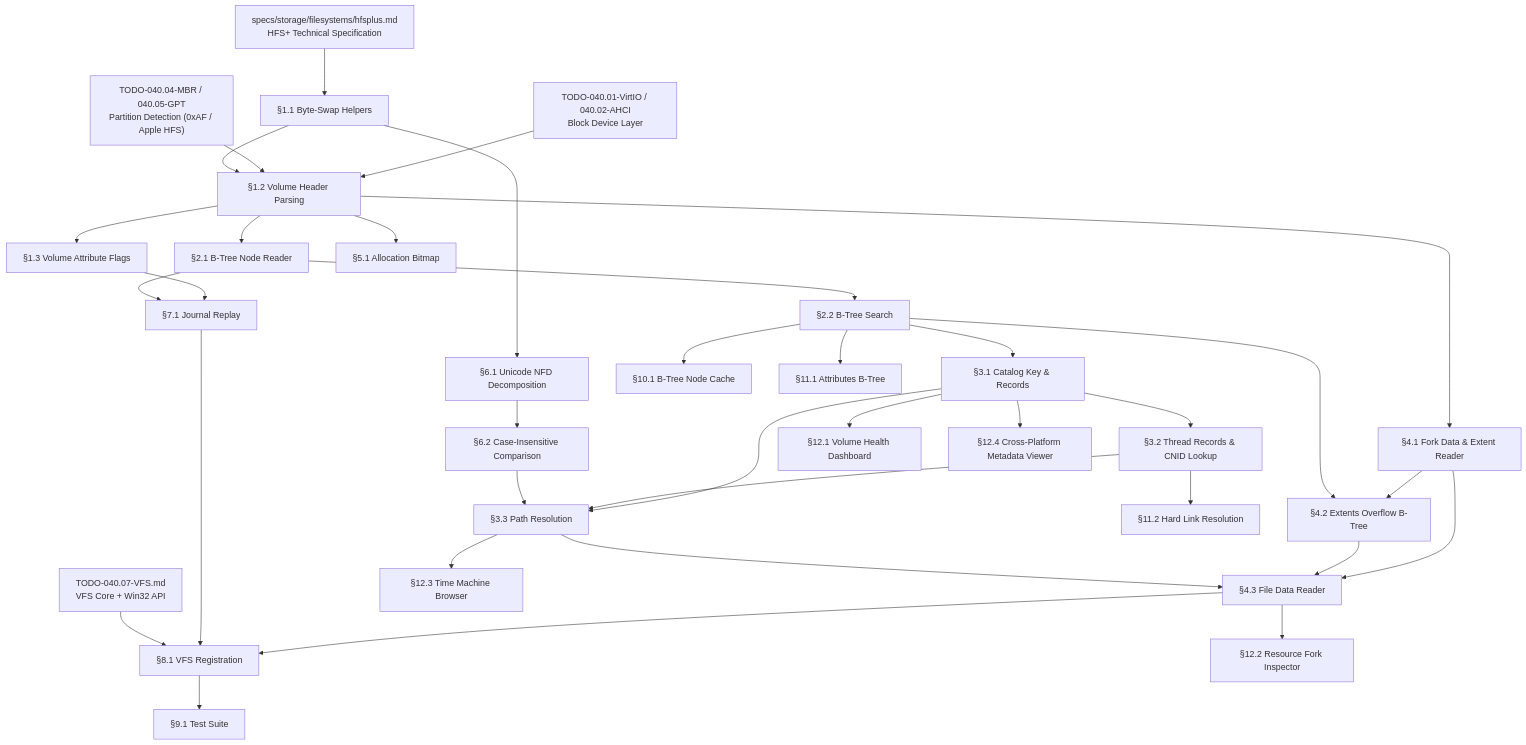
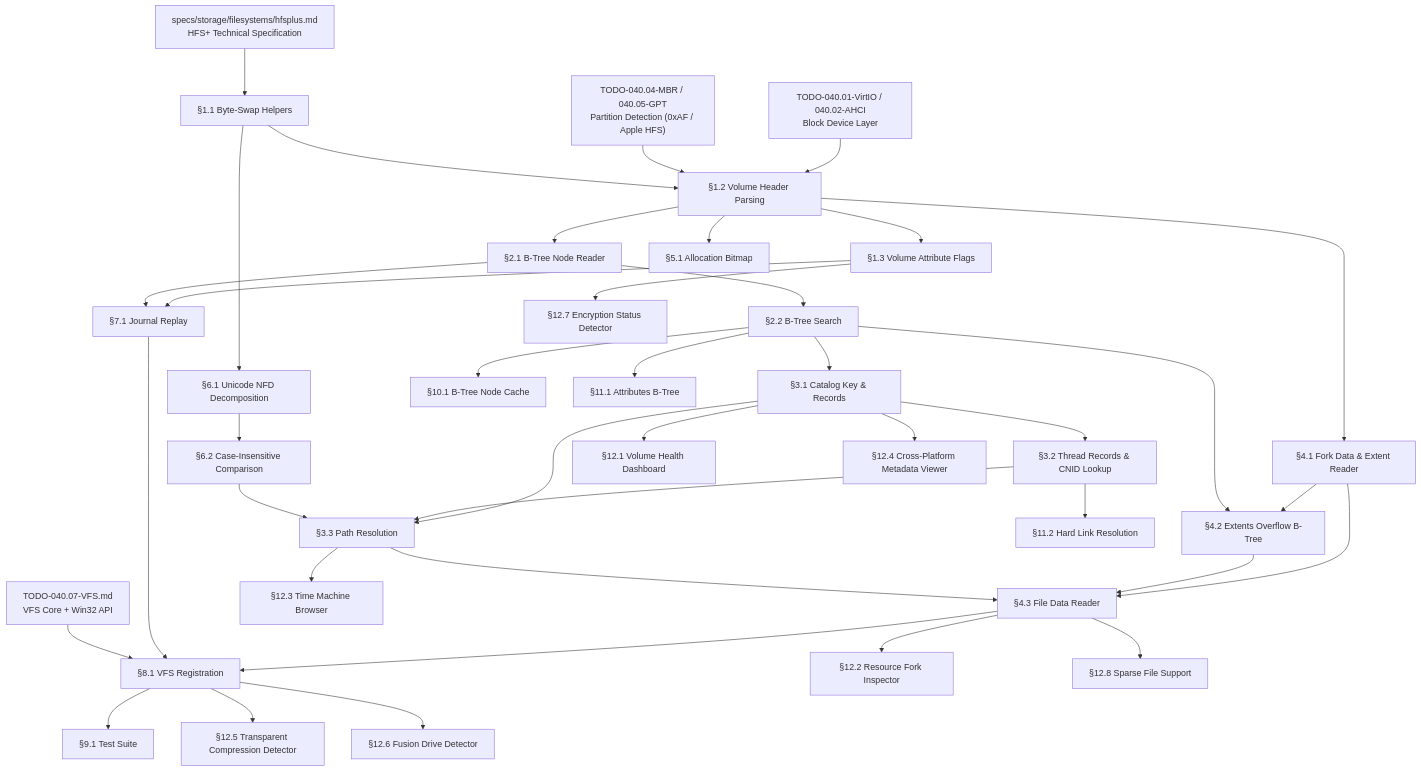
The diagram in todo/010-Kernel-Foundations/TODO-040-Filesystem/TODO-040.14-HFSPlus.md (rizonesoft/impossible-os), drawn with Mermaid before and after one commit. The commit also changed other lines of this file and 8 other files, not shown here.

````diff
--- a/todo/010-Kernel-Foundations/TODO-040-Filesystem/TODO-040.14-HFSPlus.md
+++ b/todo/010-Kernel-Foundations/TODO-040-Filesystem/TODO-040.14-HFSPlus.md
@@ -31,67 +31,75 @@
 ```mermaid
 graph TD
     SPEC["specs/storage/filesystems/hfsplus.md<br/>HFS+ Technical Specification"]
     BLK["TODO-040.01-VirtIO / 040.02-AHCI<br/>Block Device Layer"]
     PART["TODO-040.04-MBR / 040.05-GPT<br/>Partition Detection (0xAF / Apple HFS)"]
     VFS["TODO-040.07-VFS.md<br/>VFS Core + Win32 API"]
 
     A["§1.1 Byte-Swap Helpers"]
     B["§1.2 Volume Header Parsing"]
     C["§1.3 Volume Attribute Flags"]
     D["§2.1 B-Tree Node Reader"]
     E["§2.2 B-Tree Search"]
     F["§3.1 Catalog Key & Records"]
     G["§3.2 Thread Records & CNID Lookup"]
     H["§3.3 Path Resolution"]
     I["§4.1 Fork Data & Extent Reader"]
     J["§4.2 Extents Overflow B-Tree"]
     K["§4.3 File Data Reader"]
     L["§5.1 Allocation Bitmap"]
     M["§6.1 Unicode NFD Decomposition"]
     N["§6.2 Case-Insensitive Comparison"]
     O["§7.1 Journal Replay"]
     P["§8.1 VFS Registration"]
     Q["§9.1 Test Suite"]
     R["§10.1 B-Tree Node Cache"]
     S["§11.1 Attributes B-Tree"]
     T["§11.2 Hard Link Resolution"]
     U["§12.1 Volume Health Dashboard"]
     V["§12.2 Resource Fork Inspector"]
     W["§12.3 Time Machine Browser"]
     X["§12.4 Cross-Platform Metadata Viewer"]
+    Y["§12.5 Transparent Compression Detector"]
+    Z["§12.6 Fusion Drive Detector"]
+    AA["§12.7 Encryption Status Detector"]
+    AB["§12.8 Sparse File Support"]
 
     SPEC --> A
     BLK --> B
     PART --> B
     A --> B
     B --> C
     B --> D
     D --> E
     E --> F
     F --> G
     F --> H
     G --> H
     B --> I
     I --> J
     I --> K
     J --> K
     E --> J
     H --> K
     K --> P
     B --> L
     A --> M
     M --> N
     N --> H
     C --> O
     D --> O
     O --> P
     VFS --> P
     P --> Q
     E --> R
     E --> S
     G --> T
     F --> U
     K --> V
     H --> W
     F --> X
+    P --> Y
+    P --> Z
+    C --> AA
+    K --> AB
 ```
````
